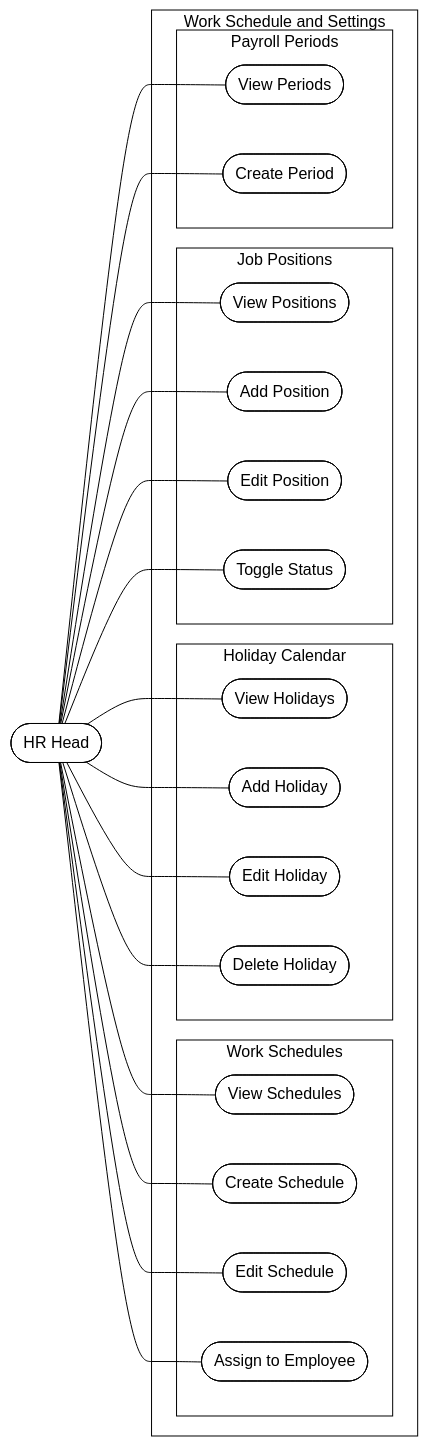
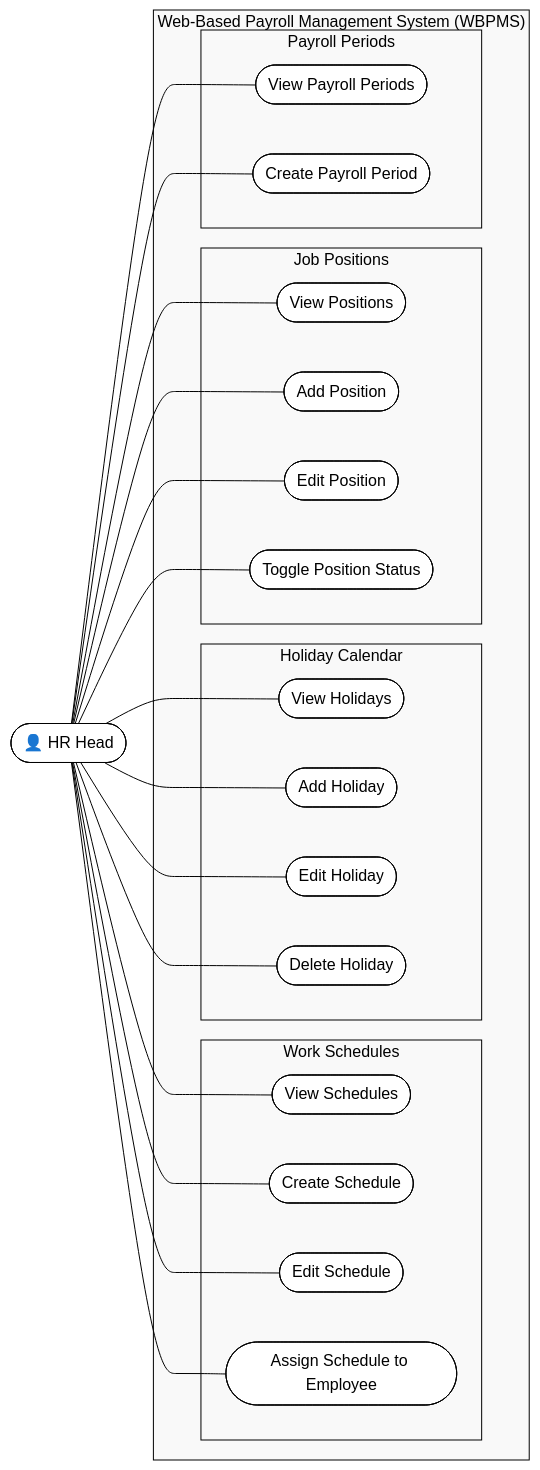
Before and after one commit to romarsares/WBPMS: the diagram in docs/diagrams/v2/uc-04-work-schedule-management.mmd, drawn with Mermaid. The commit also changed 136 other files, not shown here.

```diff
--- a/docs/diagrams/v2/uc-04-work-schedule-management.mmd
+++ b/docs/diagrams/v2/uc-04-work-schedule-management.mmd
@@ -1,33 +1,48 @@
-%%{init: {"theme": "base", "themeVariables": {"primaryColor": "#ffffff", "primaryBorderColor": "#000000", "primaryTextColor": "#000000", "lineColor": "#000000", "background": "#ffffff", "nodeBorder": "#000000", "clusterBkg": "#ffffff", "clusterBorder": "#000000", "edgeLabelBackground": "#ffffff"}}}%%
-flowchart LR
-    HR(["HR Head"])
+%%{init: {"theme": "base", "themeVariables": {"primaryColor": "#ffffff", "primaryBorderColor": "#000000", "primaryTextColor": "#000000", "lineColor": "#000000", "background": "#ffffff", "nodeBorder": "#000000", "clusterBkg": "#f9f9f9", "clusterBorder": "#000000", "edgeLabelBackground": "#ffffff"}}}%%
+graph LR
+    HR(["👤 HR Head"])
 
-    subgraph SYS["Work Schedule and Settings"]
+    subgraph SYS["Web-Based Payroll Management System (WBPMS)"]
         subgraph SCHED["Work Schedules"]
             UC1(["View Schedules"])
             UC2(["Create Schedule"])
             UC3(["Edit Schedule"])
-            UC4(["Assign to Employee"])
+            UC4(["Assign Schedule to Employee"])
         end
         subgraph HOL["Holiday Calendar"]
             UC5(["View Holidays"])
             UC6(["Add Holiday"])
             UC7(["Edit Holiday"])
             UC8(["Delete Holiday"])
         end
         subgraph POS["Job Positions"]
             UC9(["View Positions"])
             UC10(["Add Position"])
             UC11(["Edit Position"])
-            UC12(["Toggle Status"])
+            UC12(["Toggle Position Status"])
         end
         subgraph PER["Payroll Periods"]
-            UC13(["View Periods"])
-            UC14(["Create Period"])
+            UC13(["View Payroll Periods"])
+            UC14(["Create Payroll Period"])
         end
     end
 
     HR --- UC1 & UC2 & UC3 & UC4
     HR --- UC5 & UC6 & UC7 & UC8
     HR --- UC9 & UC10 & UC11 & UC12
     HR --- UC13 & UC14
+
+    style UC1 rx:50,ry:50
+    style UC2 rx:50,ry:50
+    style UC3 rx:50,ry:50
+    style UC4 rx:50,ry:50
+    style UC5 rx:50,ry:50
+    style UC6 rx:50,ry:50
+    style UC7 rx:50,ry:50
+    style UC8 rx:50,ry:50
+    style UC9 rx:50,ry:50
+    style UC10 rx:50,ry:50
+    style UC11 rx:50,ry:50
+    style UC12 rx:50,ry:50
+    style UC13 rx:50,ry:50
+    style UC14 rx:50,ry:50
```
